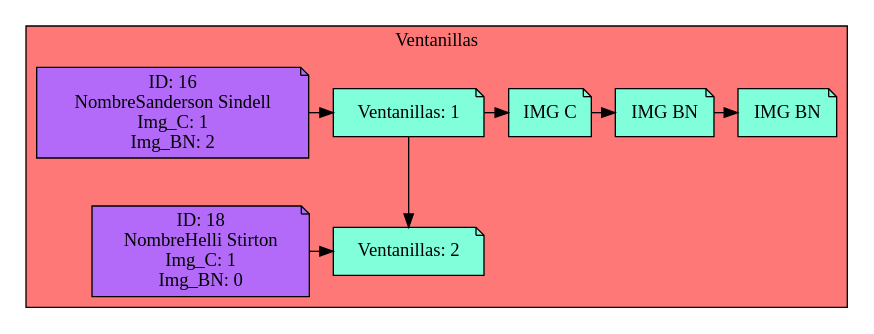
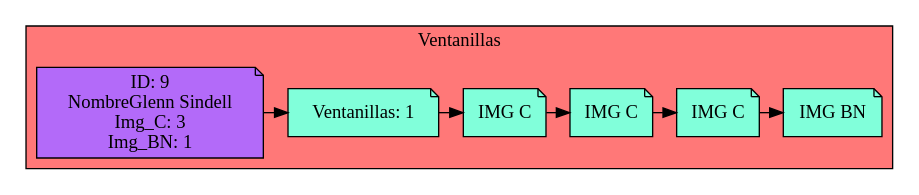
The diagram in Simple_Windows.dot (Serch-ING/EDD_UDRAWING_202000119), drawn with Graphviz before and after one commit. The commit also changed 14 other files, not shown here.

```diff
--- a/Simple_Windows.dot
+++ b/Simple_Windows.dot
@@ -1,30 +1,23 @@
 digraph L {
 node[shape=note fillcolor="#A181FF" style =filled]
 subgraph cluster_p{
     label= " Ventanillas "
     bgcolor = "#FF7878"
 Nodo1192171522[label="Ventanillas: 1",fillcolor="#81FFDA",group=1]
-Nodo1661081225[label="Ventanillas: 2",fillcolor="#81FFDA",group=2]
 
-Nodo1192171522 -> Nodo1661081225
+Cliente530737374[label="ID: 9
+NombreGlenn Sindell
+Img_C: 3
+Img_BN: 1",fillcolor="#B36AF9",group=1]
+Cliente530737374-> Nodo1192171522
+Nodo1741979653[label="IMG C",fillcolor="#81FFDA"]
+Nodo78204644[label="IMG C",fillcolor="#81FFDA"]
+Nodo7967307[label="IMG C",fillcolor="#81FFDA"]
+Nodo1045997582[label="IMG BN",fillcolor="#81FFDA"]
+Nodo1741979653 -> Nodo78204644
+Nodo78204644 -> Nodo7967307
+Nodo7967307 -> Nodo1045997582
 
-Cliente712609105[label="ID: 16
-NombreSanderson Sindell
-Img_C: 1
-Img_BN: 2",fillcolor="#B36AF9",group=1]
-Cliente712609105-> Nodo1192171522
-Nodo952562199[label="IMG C",fillcolor="#81FFDA"]
-Nodo1499136125[label="IMG BN",fillcolor="#81FFDA"]
-Nodo1793436274[label="IMG BN",fillcolor="#81FFDA"]
-Nodo952562199 -> Nodo1499136125
-Nodo1499136125 -> Nodo1793436274
+Nodo1192171522 -> Nodo1741979653
 
-Nodo1192171522 -> Nodo952562199
-
-{rank=same;Nodo1192171522,Cliente712609105,Nodo952562199,Nodo1499136125,Nodo1793436274}
-Cliente1199673596[label="ID: 18
-NombreHelli Stirton
-Img_C: 1
-Img_BN: 0",fillcolor="#B36AF9",group=2]
-Cliente1199673596-> Nodo1661081225
-{rank=same;Nodo1661081225,Cliente1199673596}}}
+{rank=same;Nodo1192171522,Cliente530737374,Nodo1741979653,Nodo78204644,Nodo7967307,Nodo1045997582}}}
```
